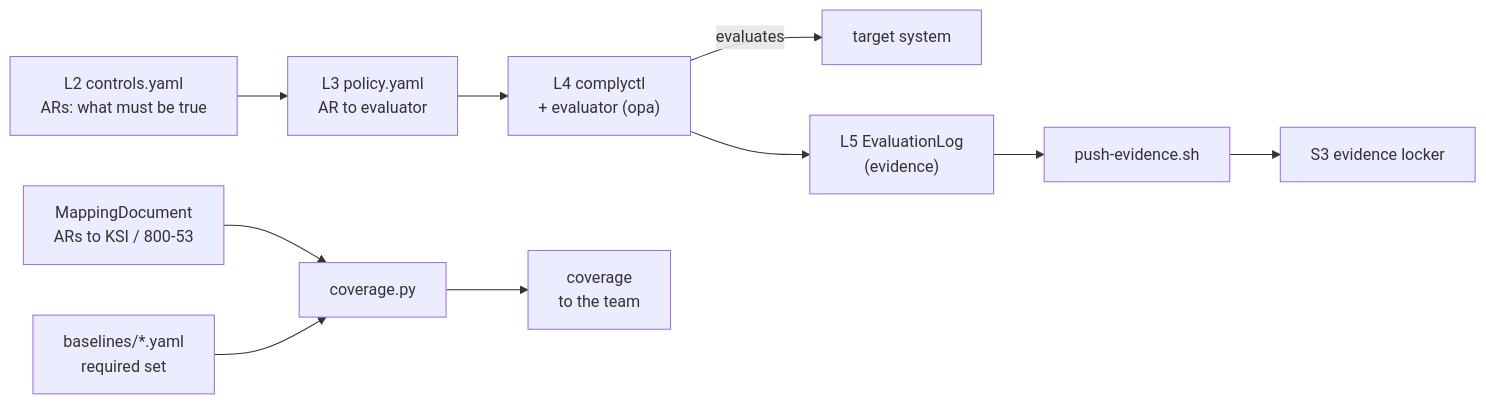
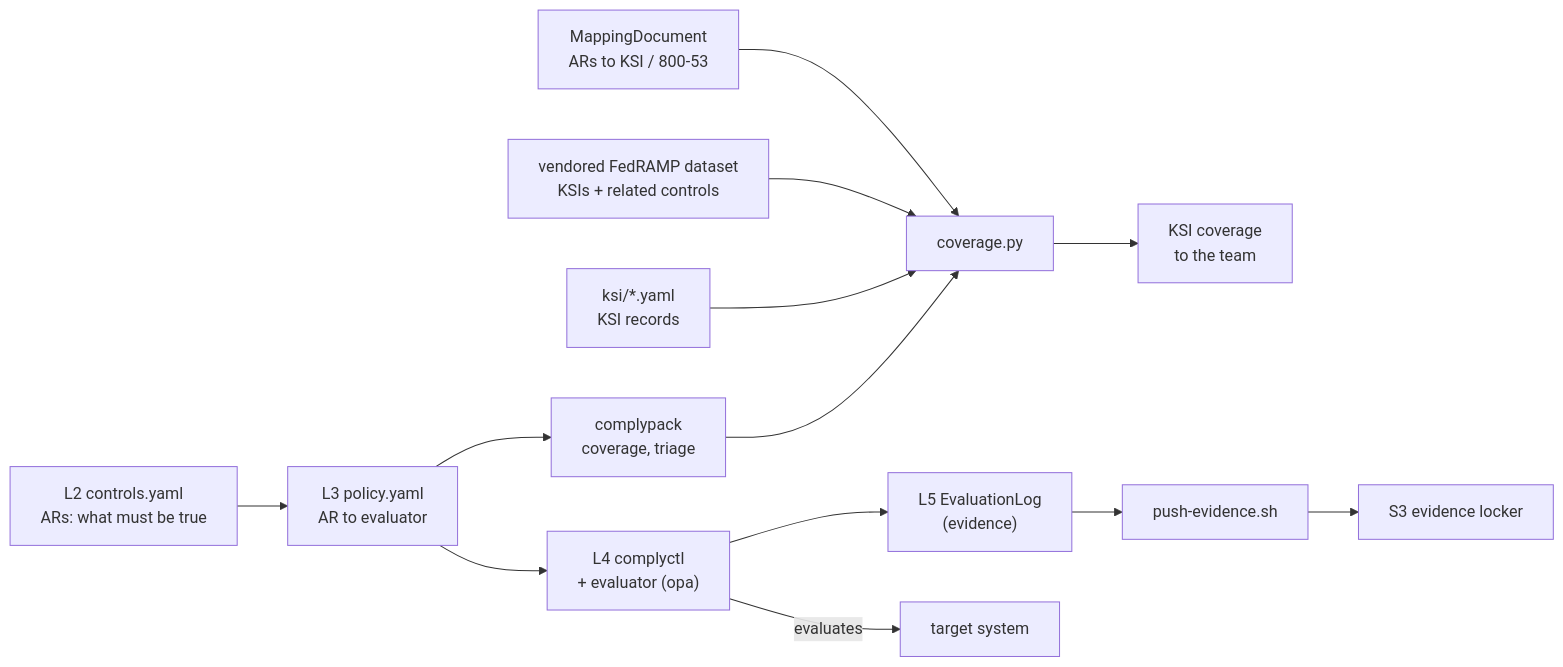
The diagram in README.md (jmelis/rosa-seaplane-compliance), drawn with Mermaid before and after one commit. The commit also changed other lines of this file and 8 other files, not shown here.

First line of the commit message:
Rewrite coverage as a KSI rollup over complypack coverage and triage

````diff
--- a/README.md
+++ b/README.md
@@ -21,16 +21,20 @@
 ```mermaid
 flowchart LR
     CTRL["L2 controls.yaml<br/>ARs: what must be true"]
     POL["L3 policy.yaml<br/>AR to evaluator"]
     MAP["MappingDocument<br/>ARs to KSI / 800-53"]
-    BASE["baselines/*.yaml<br/>required set"]
+    DS["vendored FedRAMP dataset<br/>KSIs + related controls"]
+    KR["ksi/*.yaml<br/>KSI records"]
 
     CTRL --> POL --> CC["L4 complyctl<br/>+ evaluator (opa)"]
     CC -->|evaluates| TGT["target system"]
     CC --> LOG["L5 EvaluationLog<br/>(evidence)"]
 
-    MAP --> COVSC["coverage.py"]
-    BASE --> COVSC --> COV["coverage<br/>to the team"]
+    POL --> CP["complypack<br/>coverage, triage"]
+    CP --> COVSC["coverage.py"]
+    MAP --> COVSC
+    DS --> COVSC
+    KR --> COVSC --> COV["KSI coverage<br/>to the team"]
 
     LOG --> PUSH["push-evidence.sh"] --> S3["S3 evidence locker"]
 ```
````
